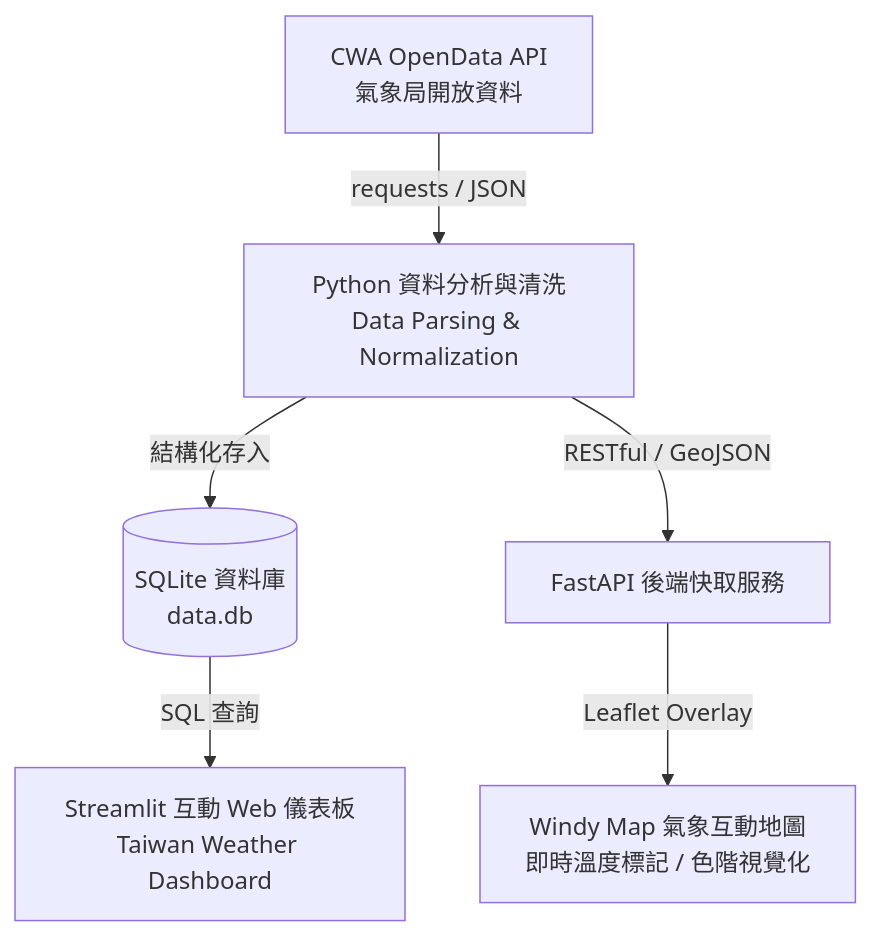
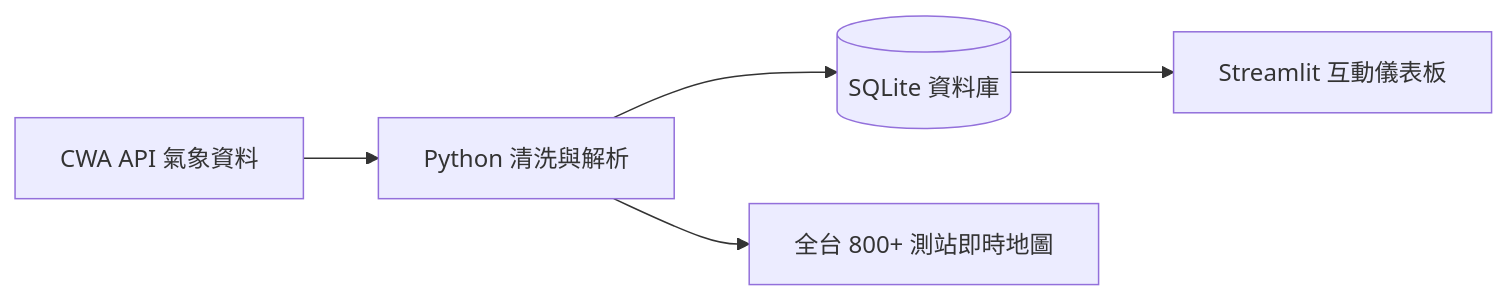
The diagram in readme.md (L34F-yeah/AIoT_L3_CWA_HW1), drawn with Mermaid before and after one commit. The commit also changed other lines of this file, not shown here.

````diff
--- a/readme.md
+++ b/readme.md
@@ -10,8 +9,7 @@
 ```mermaid
-flowchart TD
-    A[CWA OpenData API<br/>氣象局開放資料] -->|requests / JSON| B[Python 資料分析與清洗<br/>Data Parsing & Normalization]
-    B -->|結構化存入| C[(SQLite 資料庫<br/>data.db)]
-    C -->|SQL 查詢| D[Streamlit 互動 Web 儀表板<br/>Taiwan Weather Dashboard]
-    B -->|RESTful / GeoJSON| E[FastAPI 後端快取服務]
-    E -->|Leaflet Overlay| F[Windy Map 氣象互動地圖<br/>即時溫度標記 / 色階視覺化]
+graph LR
+    A[CWA API 氣象資料] --> B[Python 清洗與解析]
+    B --> C[(SQLite 資料庫)]
+    C --> D[Streamlit 互動儀表板]
+    B --> E[全台 800+ 測站即時地圖]
 ```
````
